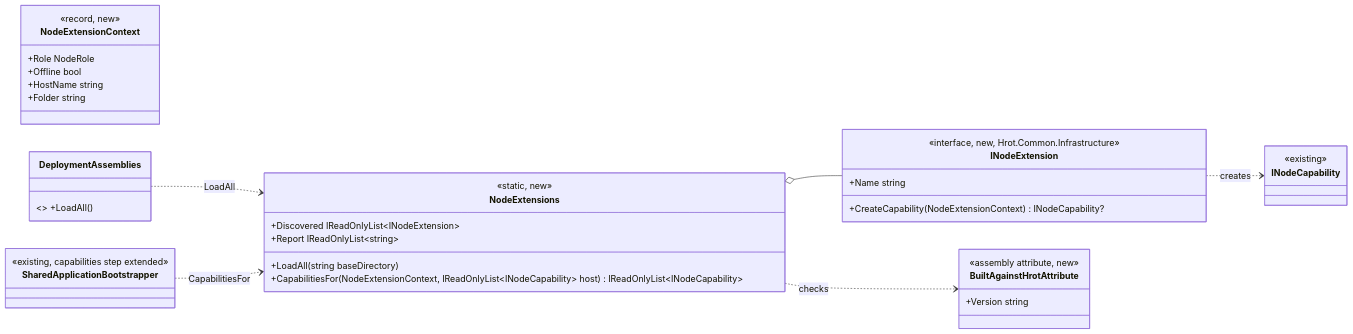
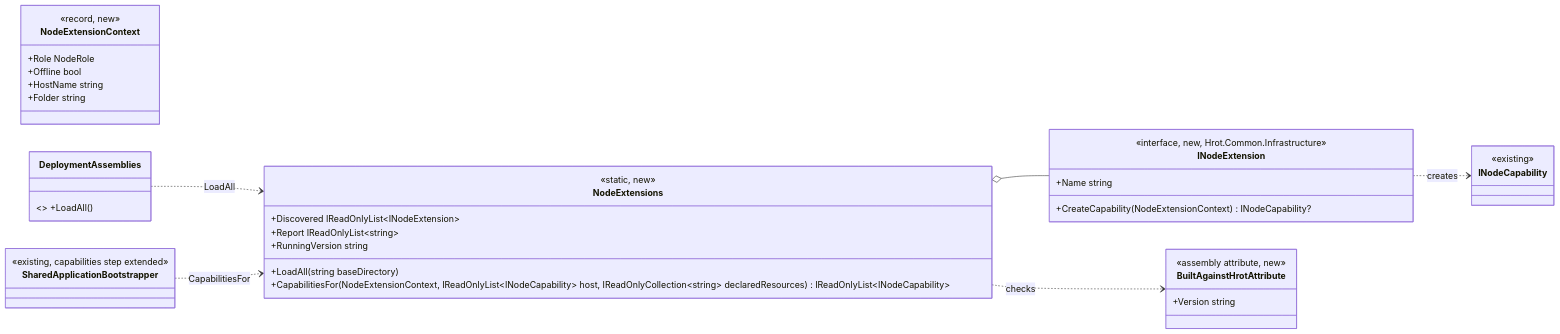
One commit to pjanec/HROT changed the second of 3 diagrams in docs/DESIGN_Node_Extensions.md. Above: the diagram before and after it, drawn with Mermaid. The commit also changed other lines of this file and 18 other files, not shown here.

````diff
--- a/docs/DESIGN_Node_Extensions.md
+++ b/docs/DESIGN_Node_Extensions.md
@@ -58,35 +58,36 @@
 ```mermaid
 classDiagram
     direction LR
     class INodeExtension {
         <<interface, new, Hrot.Common.Infrastructure>>
         +Name string
         +CreateCapability(NodeExtensionContext) INodeCapability?
     }
     class NodeExtensionContext {
         <<record, new>>
         +Role NodeRole
         +Offline bool
         +HostName string
         +Folder string
     }
     class NodeExtensions {
         <<static, new>>
         +LoadAll(string baseDirectory)
         +Discovered IReadOnlyList~INodeExtension~
         +Report IReadOnlyList~string~
-        +CapabilitiesFor(NodeExtensionContext, IReadOnlyList~INodeCapability~ host) IReadOnlyList~INodeCapability~
+        +RunningVersion string
+        +CapabilitiesFor(NodeExtensionContext, IReadOnlyList~INodeCapability~ host, IReadOnlyCollection~string~ declaredResources) IReadOnlyList~INodeCapability~
     }
     class BuiltAgainstHrotAttribute {
         <<assembly attribute, new>>
         +Version string
     }
     class DeploymentAssemblies { <<existing>> +LoadAll() }
     class SharedApplicationBootstrapper { <<existing, capabilities step extended>> }
     class INodeCapability { <<existing>> }
     DeploymentAssemblies ..> NodeExtensions : LoadAll
     NodeExtensions o-- INodeExtension
     SharedApplicationBootstrapper ..> NodeExtensions : CapabilitiesFor
     INodeExtension ..> INodeCapability : creates
     NodeExtensions ..> BuiltAgainstHrotAttribute : checks
 ```
````
